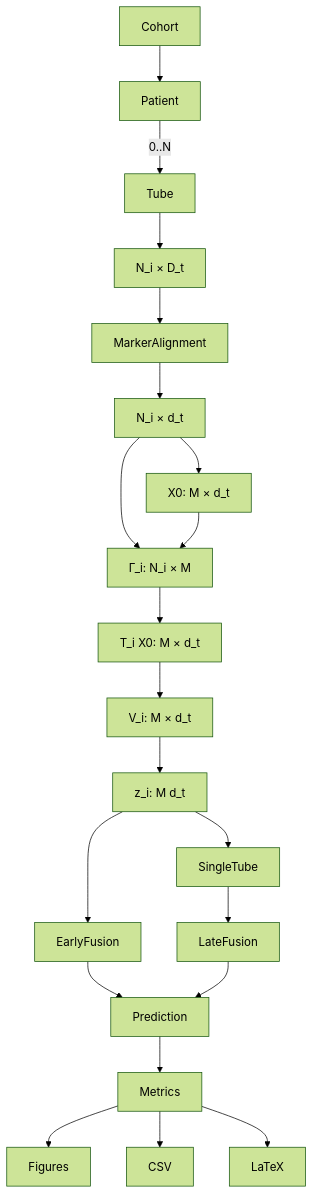
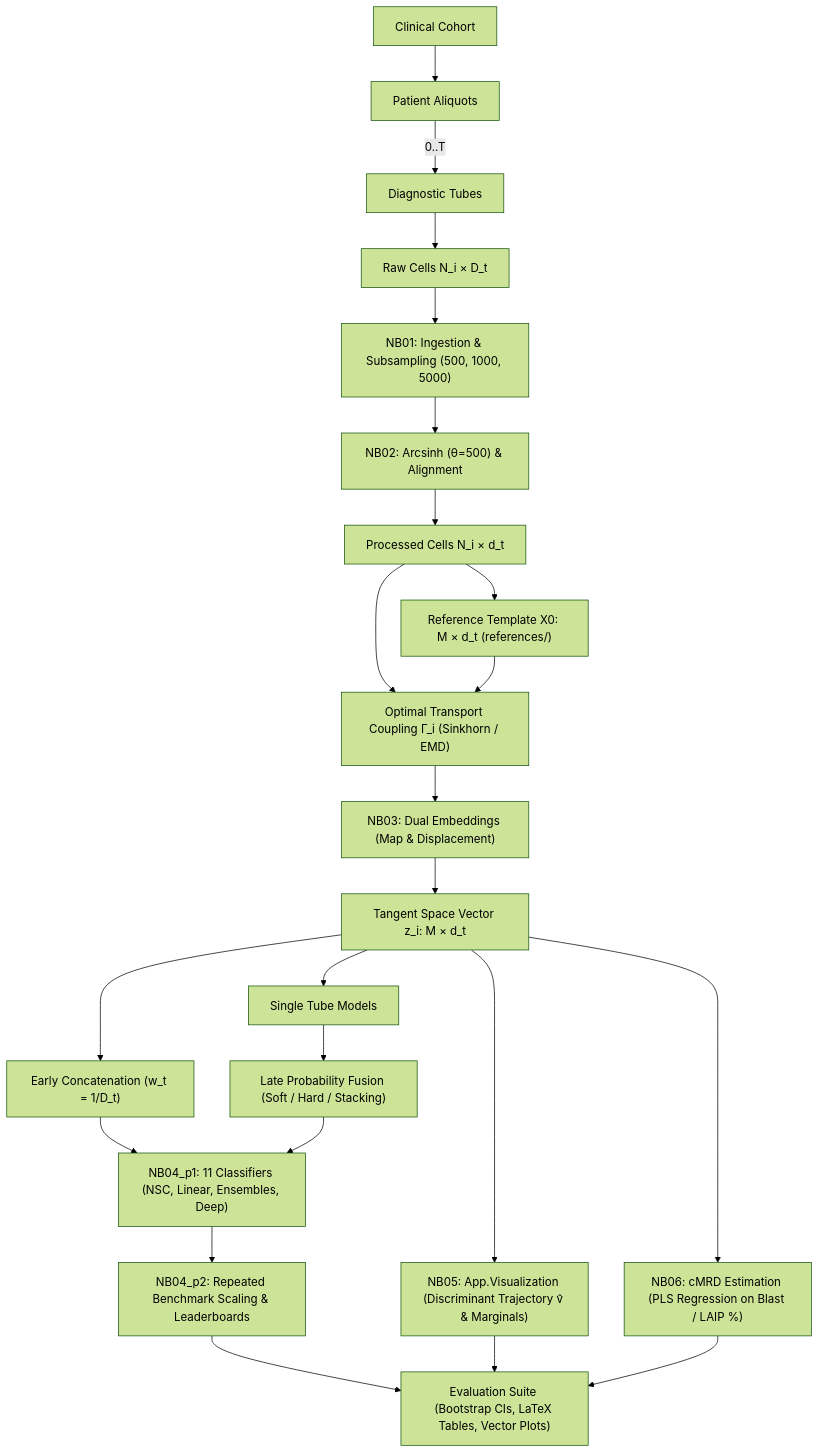
Before and after one commit to naqibUVa/FlowLOT_v1: the diagram in docs/knowledge_map.md, drawn with Mermaid (forest theme). The commit also changed other lines of this file and 4 other files, not shown here.

First line of the commit message:
docs: update tutorial, architecture, benchmark, knowledge map, and Stage 2 schema

````diff
--- a/docs/knowledge_map.md
+++ b/docs/knowledge_map.md
@@ -5,23 +5,29 @@
 ```mermaid
 flowchart TD
-  Cohort --> Patient
-  Patient -->|0..N| Tube
-  Tube --> Cells[N_i × D_t]
-  Cells --> MarkerAlignment
-  MarkerAlignment --> Processed[N_i × d_t]
-  Processed --> Reference[X0: M × d_t]
-  Processed --> Coupling[Γ_i: N_i × M]
+  Cohort[Clinical Cohort] --> Patient[Patient Aliquots]
+  Patient -->|0..T| Tube[Diagnostic Tubes]
+  Tube --> Cells[Raw Cells N_i × D_t]
+  Cells --> Ingestion["NB01: Ingestion & Subsampling (500, 1000, 5000)"]
+  Ingestion --> Preprocessing["NB02: Arcsinh (θ=500) & Alignment"]
+  Preprocessing --> Processed[Processed Cells N_i × d_t]
+  Processed --> Reference["Reference Template X0: M × d_t (references/)"]
+  Processed --> Coupling["Optimal Transport Coupling Γ_i (Sinkhorn / EMD)"]
   Reference --> Coupling
-  Coupling --> Map[T_i X0: M × d_t]
-  Map --> Displacement[V_i: M × d_t]
-  Displacement --> Vector[z_i: M d_t]
-  Vector --> SingleTube
-  Vector --> EarlyFusion
-  SingleTube --> LateFusion
-  EarlyFusion --> Prediction
-  LateFusion --> Prediction
-  Prediction --> Metrics
-  Metrics --> Figures
-  Metrics --> CSV
-  Metrics --> LaTeX
+  Coupling --> DualRepr["NB03: Dual Embeddings (Map & Displacement)"]
+  DualRepr --> TangentVector["Tangent Space Vector z_i: M × d_t"]
+  
+  TangentVector --> SingleTube[Single Tube Models]
+  TangentVector --> EarlyFusion["Early Concatenation (w_t = 1/D_t)"]
+  SingleTube --> LateFusion["Late Probability Fusion (Soft / Hard / Stacking)"]
+  
+  EarlyFusion --> Classifiers["NB04_p1: 11 Classifiers (NSC, Linear, Ensembles, Deep)"]
+  LateFusion --> Classifiers
+  Classifiers --> Benchmarks["NB04_p2: Repeated Benchmark Scaling & Leaderboards"]
+  
+  TangentVector --> Visualization["NB05: App.Visualization (Discriminant Trajectory v̂ & Marginals)"]
+  TangentVector --> cMRD["NB06: cMRD Estimation (PLS Regression on Blast / LAIP %)"]
+  
+  Benchmarks --> Reporting["Evaluation Suite (Bootstrap CIs, LaTeX Tables, Vector Plots)"]
+  Visualization --> Reporting
+  cMRD --> Reporting
 ```
````
